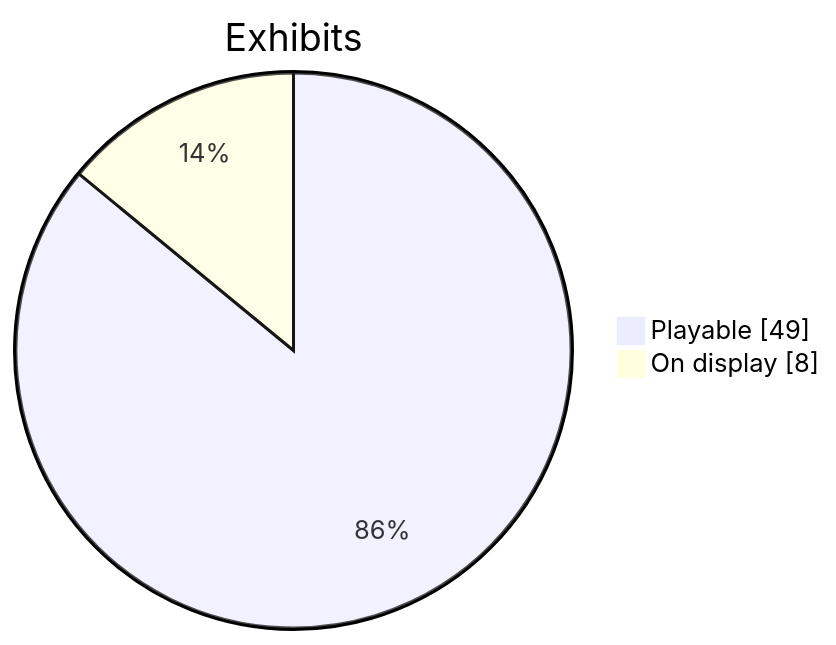
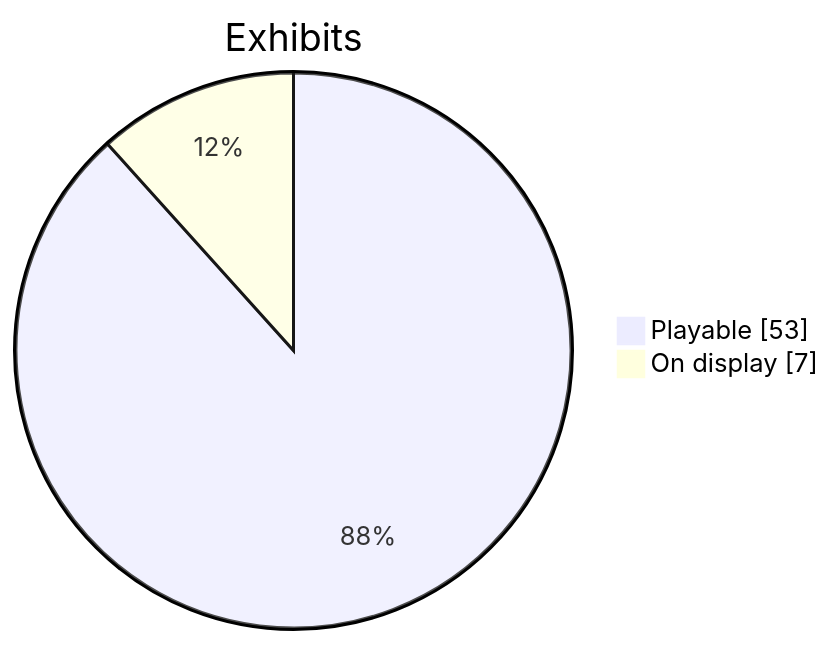
One commit to CptNope/Librarium-Archives changed the second of 2 diagrams in docs/roadmap.md. Above: the diagram before and after it, drawn with Mermaid. The commit also changed other lines of this file and 14 other files, not shown here.

````diff
--- a/docs/roadmap.md
+++ b/docs/roadmap.md
@@ -22,6 +23,6 @@
 ```mermaid
 pie showData
     title Exhibits
-    "Playable" : 49
-    "On display" : 8
+    "Playable" : 53
+    "On display" : 7
 ```
````
